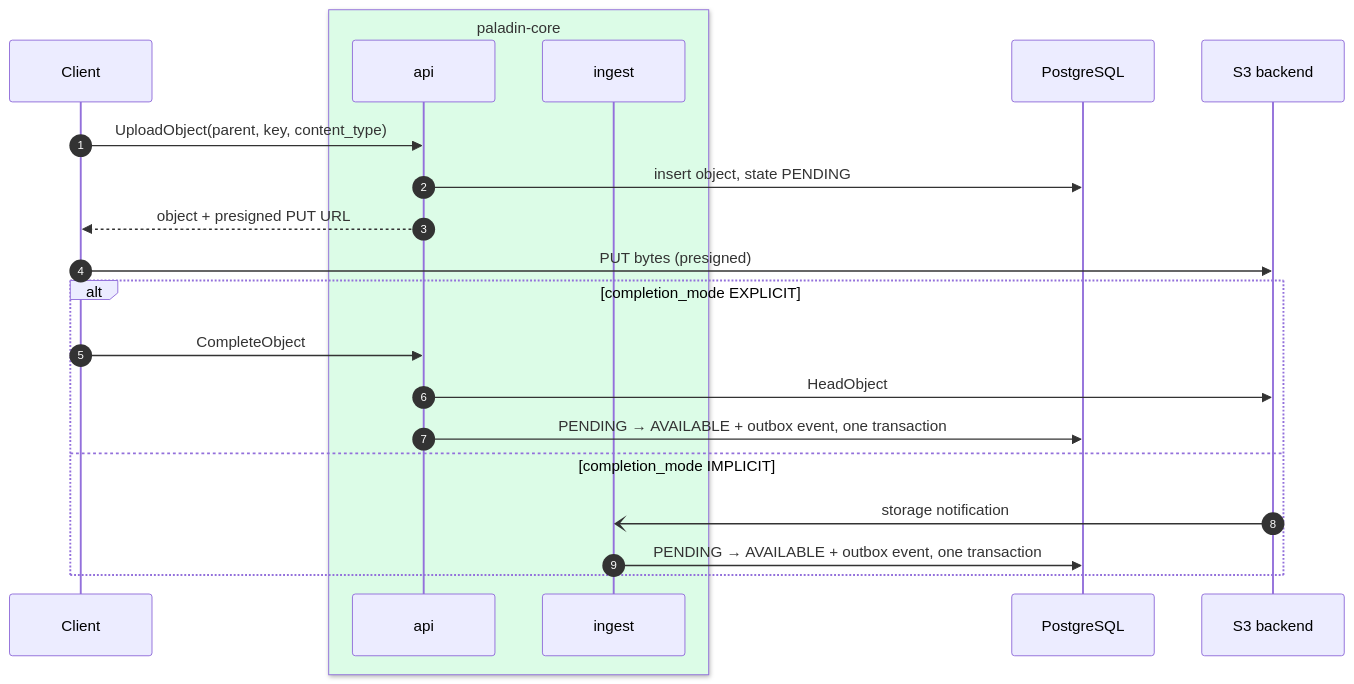
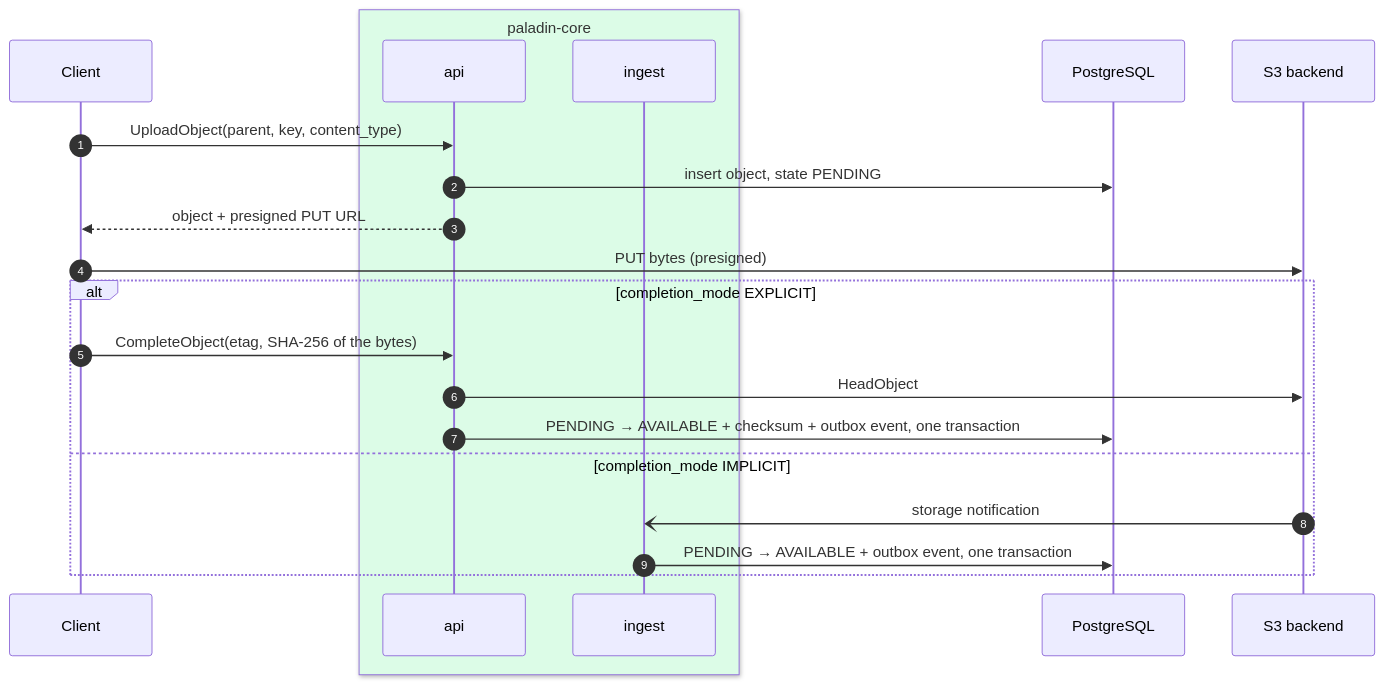
Before and after one commit to oleg-tkachuk/paladin: the third of 3 diagrams in ARCHITECTURE.md, drawn with Mermaid. The commit also changed other lines of this file and 7 other files, not shown here.

First line of the commit message:
docs: bring the architecture and its diagrams up to the sdk work

````diff
--- a/ARCHITECTURE.md
+++ b/ARCHITECTURE.md
@@ -166,24 +166,24 @@
 ```mermaid
 sequenceDiagram
     autonumber
     participant C as Client
     box rgb(220,252,231) paladin-core
         participant A as api
         participant I as ingest
     end
     participant DB as PostgreSQL
     participant S3 as S3 backend
 
     C->>A: UploadObject(parent, key, content_type)
     A->>DB: insert object, state PENDING
     A-->>C: object + presigned PUT URL
     C->>S3: PUT bytes (presigned)
     alt completion_mode EXPLICIT
-        C->>A: CompleteObject
+        C->>A: CompleteObject(etag, SHA-256 of the bytes)
         A->>S3: HeadObject
-        A->>DB: PENDING → AVAILABLE + outbox event, one transaction
+        A->>DB: PENDING → AVAILABLE + checksum + outbox event, one transaction
     else completion_mode IMPLICIT
         S3-)I: storage notification
         I->>DB: PENDING → AVAILABLE + outbox event, one transaction
     end
 ```
````
